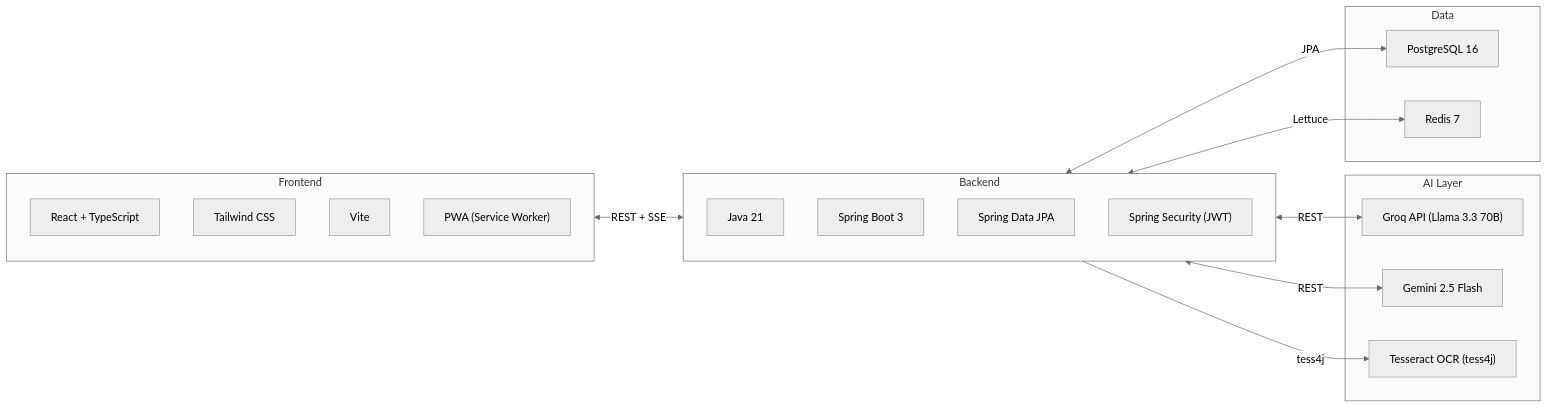
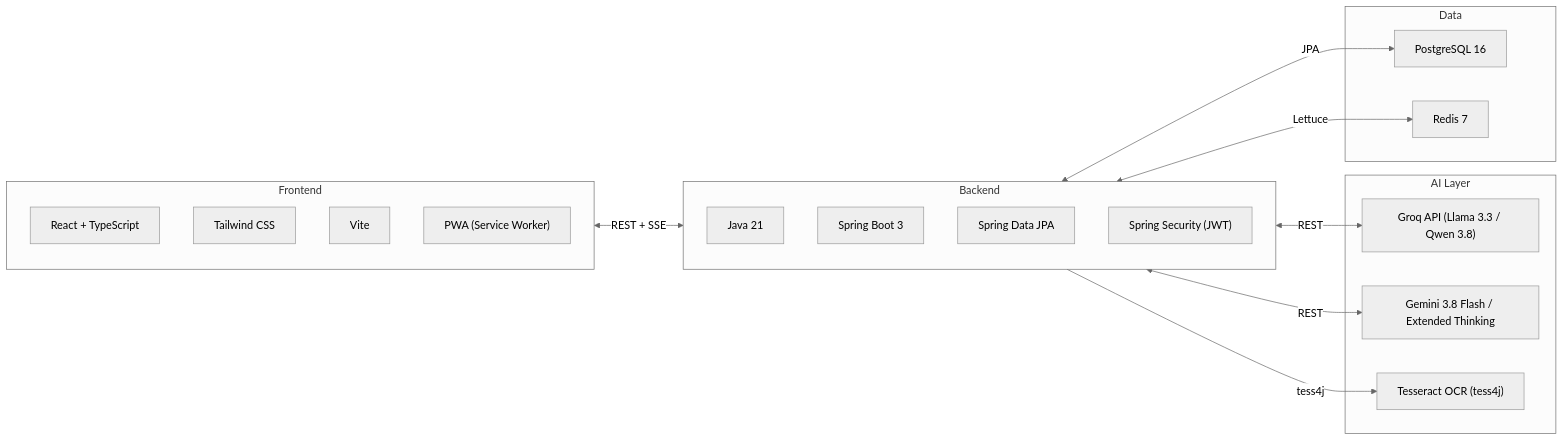
Before and after one commit to botmaksim/lingua-optima: the first of 5 diagrams in docs/README.md, drawn with Mermaid (neutral theme). The commit also changed other lines of this file and 2 other files, not shown here.

````diff
--- a/docs/README.md
+++ b/docs/README.md
@@ -74,34 +78,34 @@
 ```mermaid
 flowchart LR
     subgraph FE ["Frontend"]
         React["React + TypeScript"]
         TW["Tailwind CSS"]
         Vite["Vite"]
         PWA["PWA (Service Worker)"]
     end
 
     subgraph BE ["Backend"]
         Java["Java 21"]
         Spring["Spring Boot 3"]
         JPA["Spring Data JPA"]
         Sec["Spring Security (JWT)"]
     end
 
     subgraph AI ["AI Layer"]
-        Groq["Groq API (Llama 3.3 70B)"]
-        Gemini["Gemini 2.5 Flash"]
+        Groq["Groq API (Llama 3.3 / Qwen 3.8)"]
+        Gemini["Gemini 3.8 Flash / Extended Thinking"]
         Tess["Tesseract OCR (tess4j)"]
     end
 
     subgraph DB ["Data"]
         PG["PostgreSQL 16"]
         RD["Redis 7"]
     end
 
     FE <-->|"REST + SSE"| BE
     BE <-->|"JPA"| PG
     BE <-->|"Lettuce"| RD
     BE <-->|"REST"| Groq
     BE <-->|"REST"| Gemini
     BE -->|"tess4j"| Tess
 ```
````
